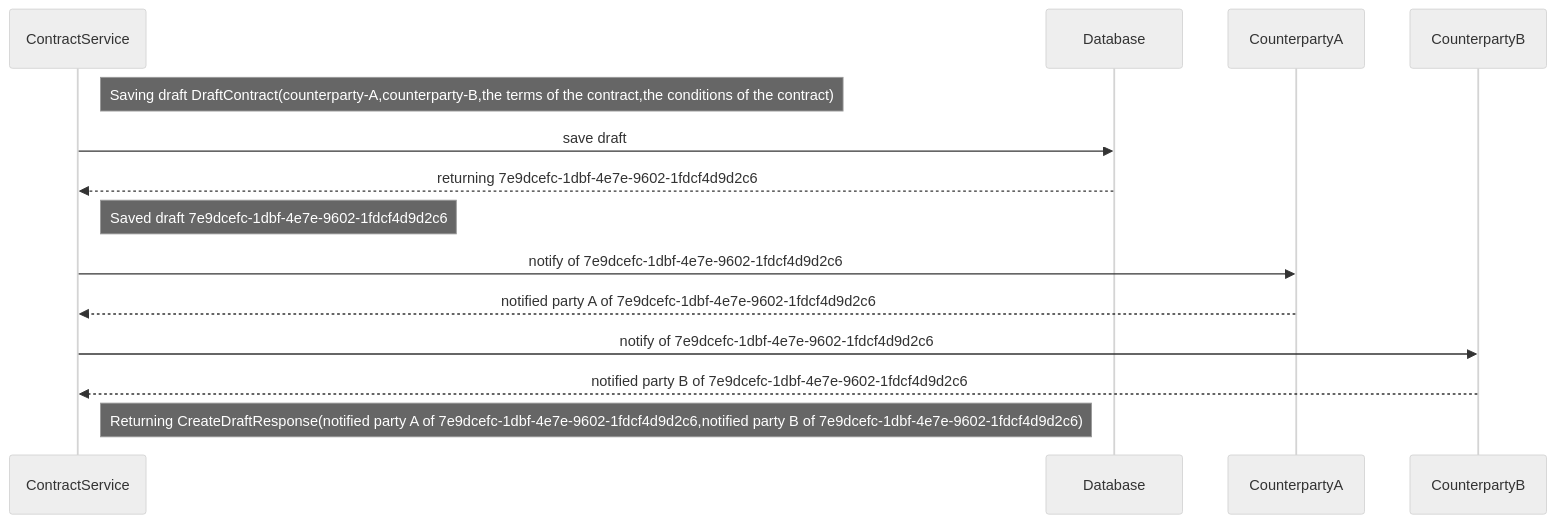
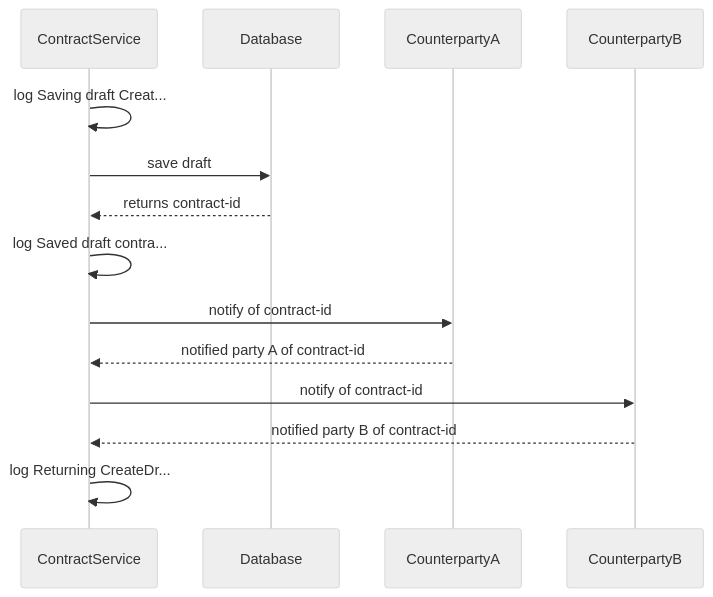
The first of 2 diagrams in README.md (aaronp/counterparty), drawn with Mermaid (neutral theme) before and after one commit. The commit also changed other lines of this file and 20 other files, not shown here.

````diff
--- a/README.md
+++ b/README.md
@@ -23,17 +67,17 @@
 ```mermaid
 sequenceDiagram
-        participant ContractService
-        participant Database
-        participant CounterpartyA
-        participant CounterpartyB
-        Note right of ContractService : Saving draft DraftContract(counterparty-A,counterparty-B,the terms of the contract,the conditions of the contract)
-        ContractService->>Database: save draft
-        Database-->>ContractService: returning 7e9dcefc-1dbf-4e7e-9602-1fdcf4d9d2c6
-        Note right of ContractService : Saved draft 7e9dcefc-1dbf-4e7e-9602-1fdcf4d9d2c6
-        ContractService->>CounterpartyA : notify of 7e9dcefc-1dbf-4e7e-9602-1fdcf4d9d2c6
-        CounterpartyA-->>ContractService : notified party A of 7e9dcefc-1dbf-4e7e-9602-1fdcf4d9d2c6
-        ContractService->>CounterpartyB : notify of 7e9dcefc-1dbf-4e7e-9602-1fdcf4d9d2c6
-        CounterpartyB-->>ContractService : notified party B of 7e9dcefc-1dbf-4e7e-9602-1fdcf4d9d2c6
-        Note right of ContractService : Returning CreateDraftResponse(notified party A of 7e9dcefc-1dbf-4e7e-9602-1fdcf4d9d2c6,notified party B of 7e9dcefc-1dbf-4e7e-9602-1fdcf4d9d2c6)
+	participant ContractService
+	participant Database
+	participant CounterpartyA
+	participant CounterpartyB
+	ContractService->>ContractService : log Saving draft Creat...
+	ContractService->>Database: save draft
+	Database-->>ContractService: returns contract-id
+	ContractService->>ContractService : log Saved draft contra...
+	ContractService->>CounterpartyA : notify of contract-id
+	CounterpartyA-->>ContractService : notified party A of contract-id
+	ContractService->>CounterpartyB : notify of contract-id
+	CounterpartyB-->>ContractService : notified party B of contract-id
+	ContractService->>ContractService : log Returning CreateDr...
 
 ```
````
